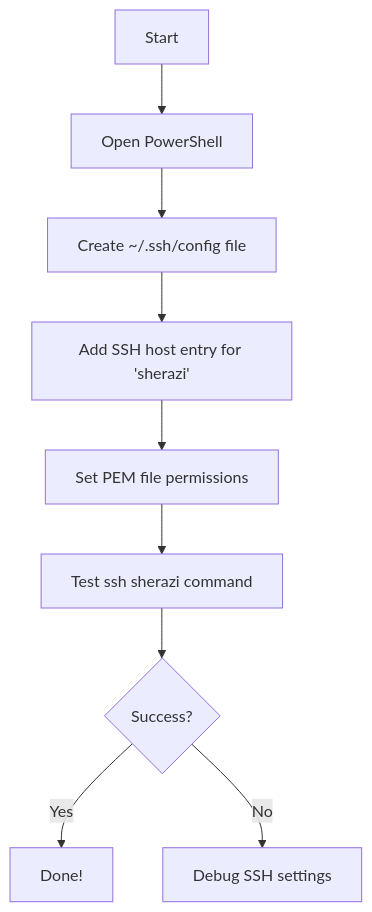
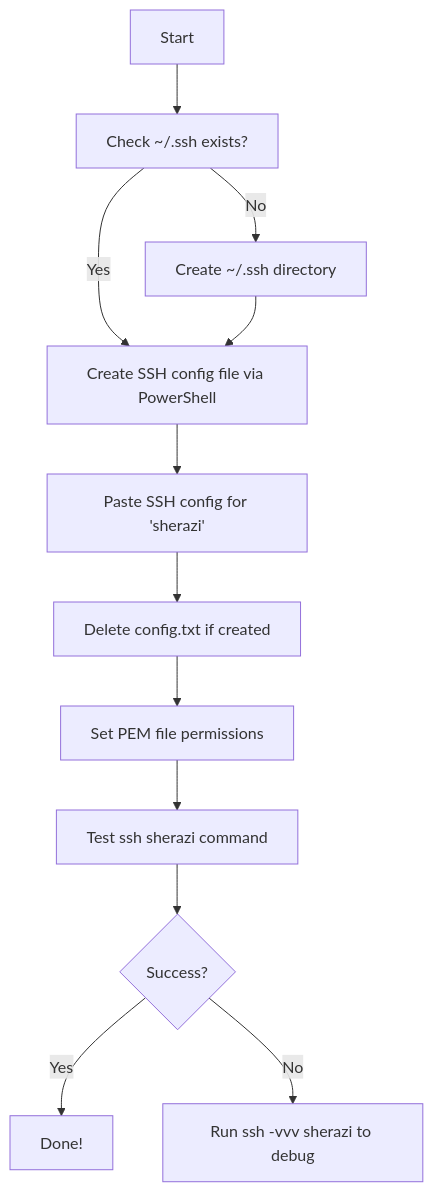
Before and after one commit to hamzasherazii/ec2-ssh-shortcut-windows: the diagram in README.md, drawn with Mermaid. The commit also changed other lines of this file, not shown here.

````diff
--- a/README.md
+++ b/README.md
@@ -100,11 +153,14 @@
 ```mermaid
 graph TD
-    A[Start] --> B[Open PowerShell]
-    B --> C[Create ~/.ssh/config file]
-    C --> D[Add SSH host entry for 'sherazi']
-    D --> E[Set PEM file permissions]
-    E --> F[Test ssh sherazi command]
-    F --> G{Success?}
-    G -- Yes --> H[Done!]
-    G -- No --> I[Debug SSH settings]
+    A[Start] --> B[Check ~/.ssh exists?]
+    B -->|No| C[Create ~/.ssh directory]
+    B -->|Yes| D[Create SSH config file via PowerShell]
+    C --> D
+    D --> E[Paste SSH config for 'sherazi']
+    E --> F[Delete config.txt if created]
+    F --> G[Set PEM file permissions]
+    G --> H[Test ssh sherazi command]
+    H --> I{Success?}
+    I -- Yes --> J[Done!]
+    I -- No --> K[Run ssh -vvv sherazi to debug]
 ```
````
